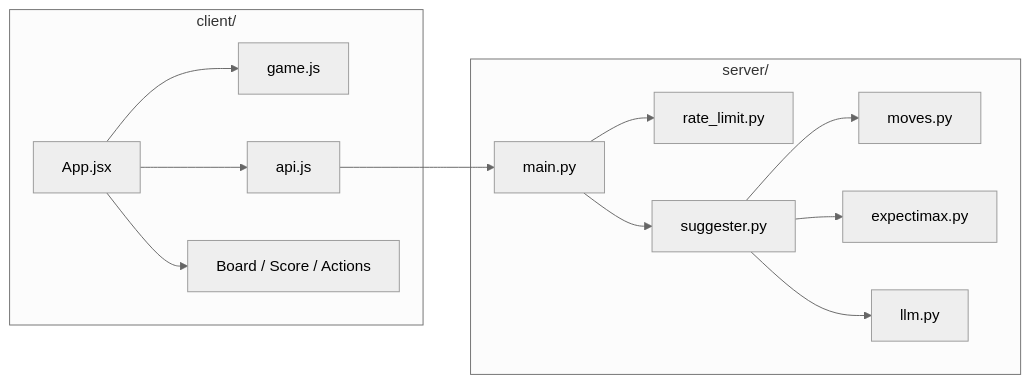
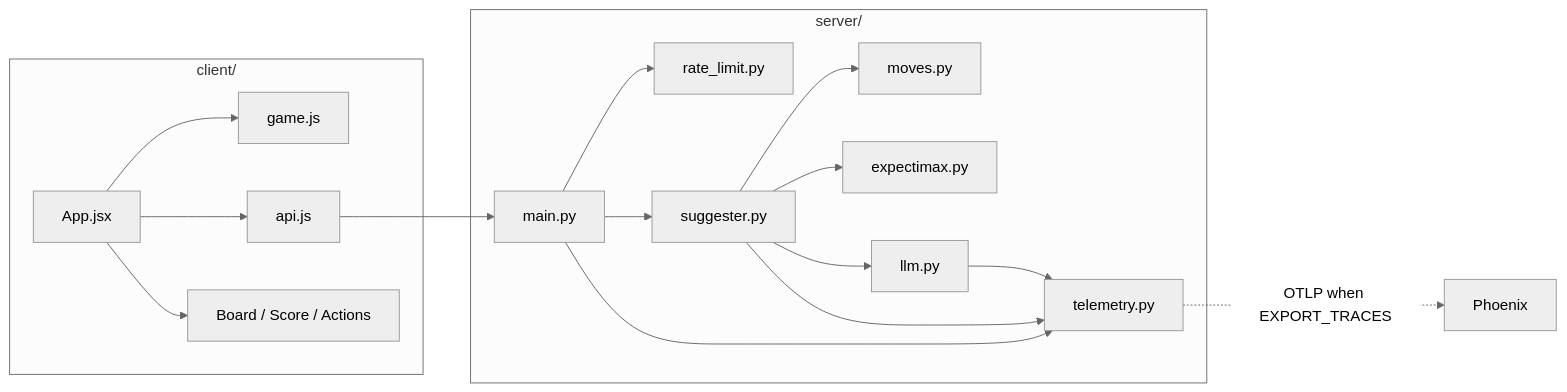
The third of 3 diagrams in docs/architecture.md (christycty/game-2048), drawn with Mermaid (neutral theme) before and after one commit. The commit also changed other lines of this file and 5 other files, not shown here.

````diff
--- a/docs/architecture.md
+++ b/docs/architecture.md
@@ -49,26 +49,31 @@
 ```mermaid
 flowchart LR
   subgraph client [client/]
     App[App.jsx]
     Game[game.js]
     Api[api.js]
     UI[Board / Score / Actions]
     App --> Game
     App --> Api
     App --> UI
   end
   subgraph server [server/]
     Main[main.py]
     Limit[rate_limit.py]
     Suggester[suggester.py]
     Moves[moves.py]
     Expectimax[expectimax.py]
     LLM[llm.py]
+    Telemetry[telemetry.py]
     Main --> Limit
     Main --> Suggester
+    Main --> Telemetry
     Suggester --> Moves
     Suggester --> Expectimax
     Suggester --> LLM
+    Suggester --> Telemetry
+    LLM --> Telemetry
   end
   Api --> Main
+  Telemetry -.->|OTLP when EXPORT_TRACES| Phoenix[Phoenix]
 ```
````
